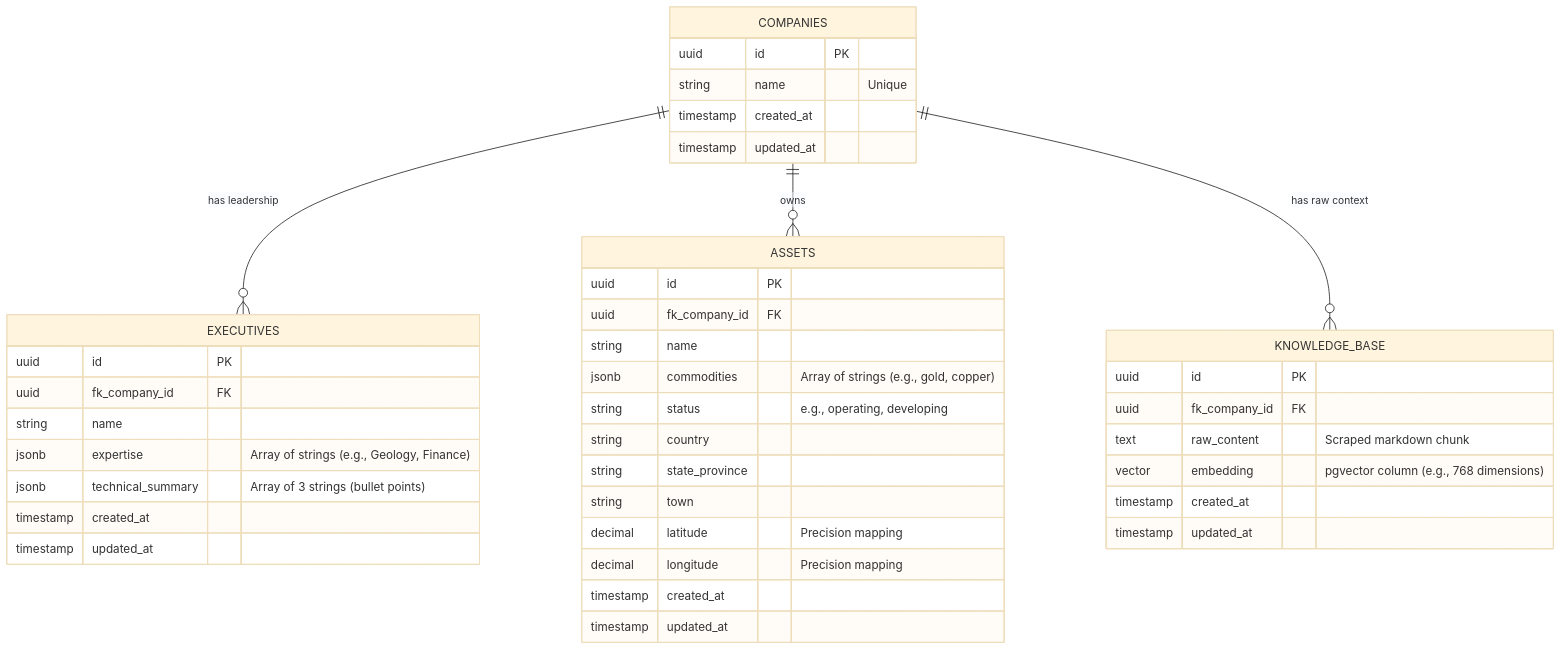
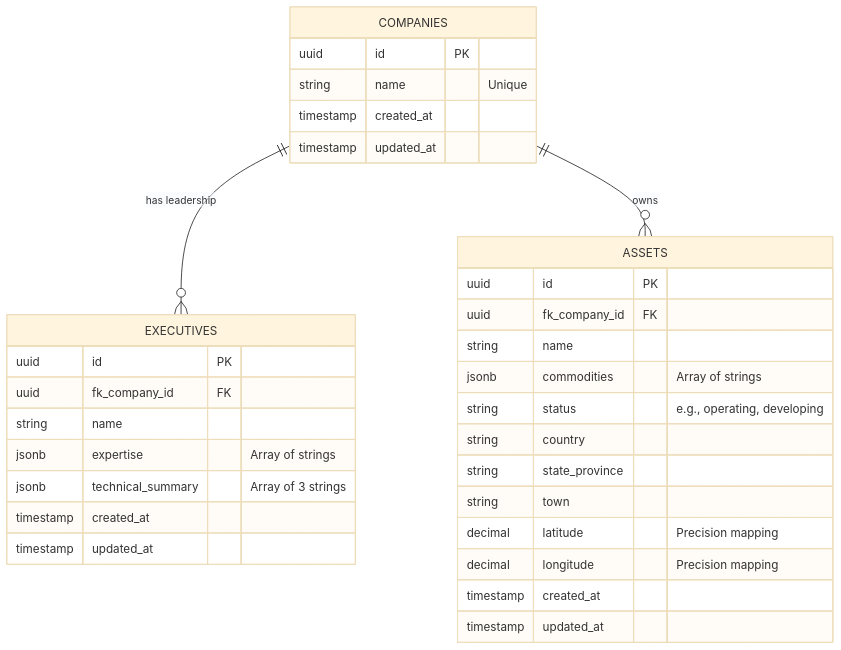
One commit to kingban00/mining-pipeline changed the diagram in README.md. Above: the diagram before and after it, drawn with Mermaid (base theme). The commit also changed other lines of this file, not shown here.

````diff
--- a/README.md
+++ b/README.md
@@ -40,47 +42,37 @@
 ```mermaid
 erDiagram
     COMPANIES ||--o{ EXECUTIVES : "has leadership"
     COMPANIES ||--o{ ASSETS : "owns"
-    COMPANIES ||--o{ KNOWLEDGE_BASE : "has raw context"
 
     COMPANIES {
         uuid id PK
         string name "Unique"
         timestamp created_at
         timestamp updated_at
     }
 
     EXECUTIVES {
         uuid id PK
         uuid fk_company_id FK
         string name
-        jsonb expertise "Array of strings (e.g., Geology, Finance)"
-        jsonb technical_summary "Array of 3 strings (bullet points)"
+        jsonb expertise "Array of strings"
+        jsonb technical_summary "Array of 3 strings"
         timestamp created_at
         timestamp updated_at
     }
 
     ASSETS {
         uuid id PK
         uuid fk_company_id FK
         string name
-        jsonb commodities "Array of strings (e.g., gold, copper)"
+        jsonb commodities "Array of strings"
         string status "e.g., operating, developing"
         string country
         string state_province
         string town
         decimal latitude "Precision mapping"
         decimal longitude "Precision mapping"
         timestamp created_at
         timestamp updated_at
     }
-
-    KNOWLEDGE_BASE {
-        uuid id PK
-        uuid fk_company_id FK
-        text raw_content "Scraped markdown chunk"
-        vector embedding "pgvector column (e.g., 768 dimensions)"
-        timestamp created_at
-        timestamp updated_at
-    }
 ```
````
